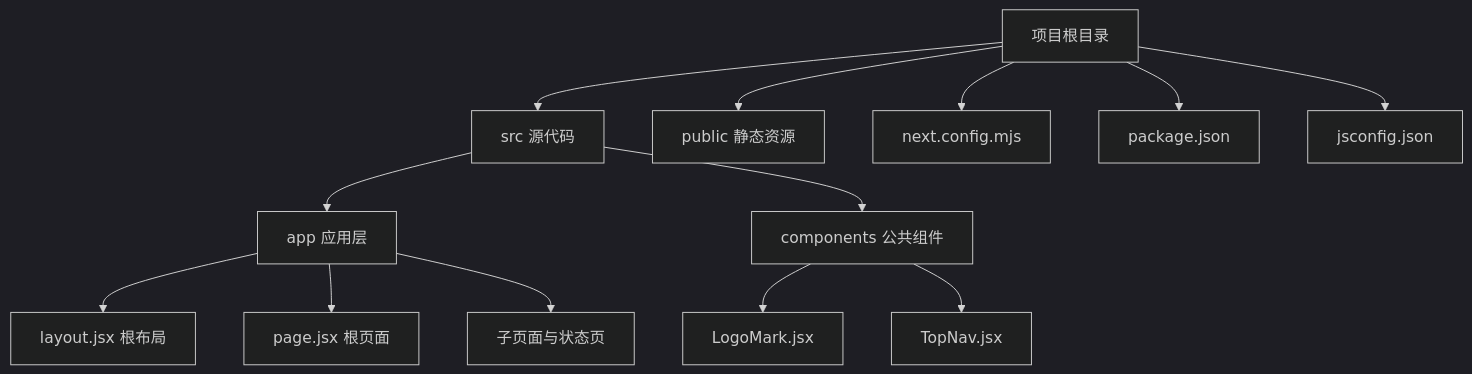
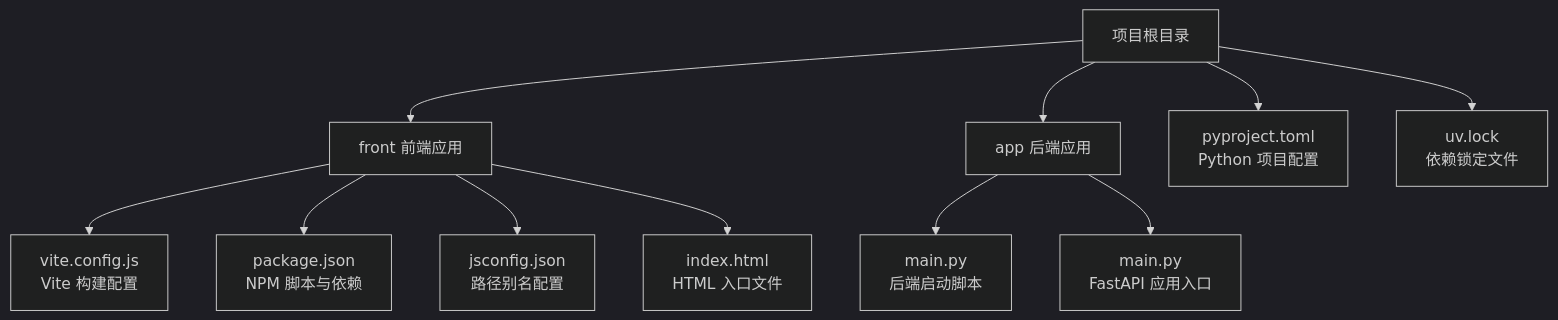
The first of 3 diagrams in .qoder/repowiki/zh/content/部署与运维/构建配置.md (marvin9551/InsightMesh), drawn with Mermaid (dark theme) before and after one commit. The commit also changed other lines of this file and 10 other files, not shown here.

````diff
--- a/.qoder/repowiki/zh/content/部署与运维/构建配置.md
+++ b/.qoder/repowiki/zh/content/部署与运维/构建配置.md
@@ -42,15 +56,13 @@
 ```mermaid
 graph TB
-A["项目根目录"] --> B["src 源代码"]
-A --> C["public 静态资源"]
-A --> D["next.config.mjs"]
-A --> E["package.json"]
-A --> F["jsconfig.json"]
-B --> B1["app 应用层"]
-B --> B2["components 公共组件"]
-B1 --> B11["layout.jsx 根布局"]
-B1 --> B12["page.jsx 根页面"]
-B1 --> B13["子页面与状态页"]
-B2 --> B21["LogoMark.jsx"]
-B2 --> B22["TopNav.jsx"]
+A["项目根目录"] --> B["front 前端应用"]
+A --> C["app 后端应用"]
+A --> D["pyproject.toml<br/>Python 项目配置"]
+A --> E["uv.lock<br/>依赖锁定文件"]
+B --> B1["vite.config.js<br/>Vite 构建配置"]
+B --> B2["package.json<br/>NPM 脚本与依赖"]
+B --> B3["jsconfig.json<br/>路径别名配置"]
+B --> B4["index.html<br/>HTML 入口文件"]
+C --> C1["main.py<br/>后端启动脚本"]
+C --> C2["main.py<br/>FastAPI 应用入口"]
 ```
````
